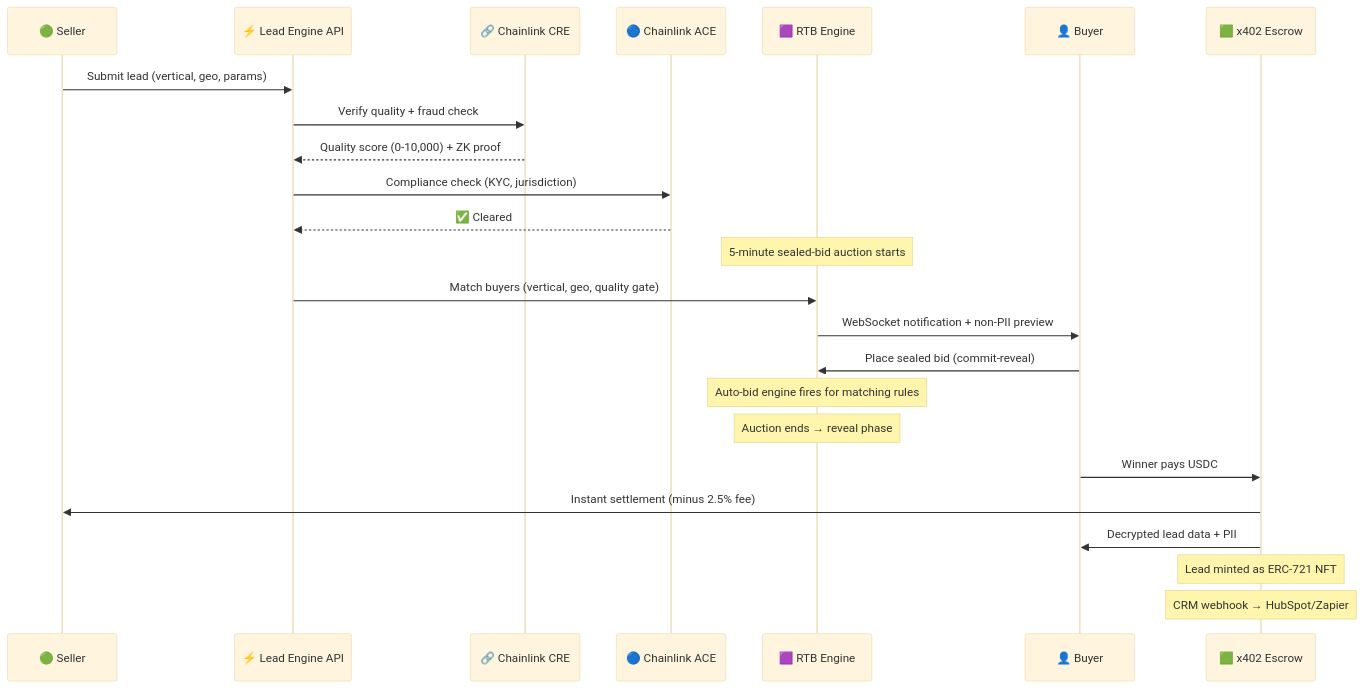
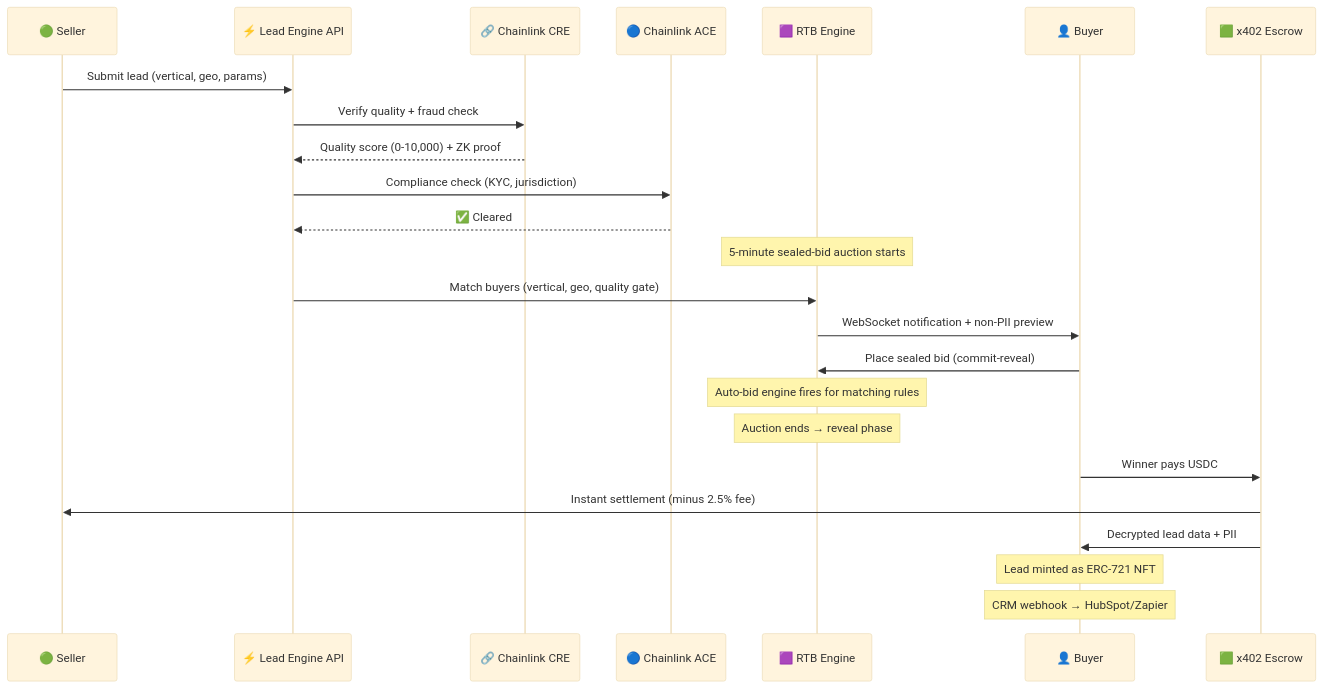
The first of 2 diagrams in README.md (bnmbnmai/lead-engine-cre), drawn with Mermaid (base theme) before and after one commit.

Commit message:
fix: move NFT mint and CRM webhook notes above Buyer in mermaid diagram

````diff
--- a/README.md
+++ b/README.md
@@ -38,32 +38,32 @@
 ```mermaid
 sequenceDiagram
     participant S as 🟢 Seller
     participant API as ⚡ Lead Engine API
     participant CRE as 🔗 Chainlink CRE
     participant ACE as 🔵 Chainlink ACE
     participant RTB as 🟪 RTB Engine
     participant B as 👤 Buyer
     participant X as 🟩 x402 Escrow
 
     S->>API: Submit lead (vertical, geo, params)
     API->>CRE: Verify quality + fraud check
     CRE-->>API: Quality score (0-10,000) + ZK proof
     API->>ACE: Compliance check (KYC, jurisdiction)
     ACE-->>API: ✅ Cleared
 
     Note over RTB: 5-minute sealed-bid auction starts
 
     API->>RTB: Match buyers (vertical, geo, quality gate)
     RTB->>B: WebSocket notification + non-PII preview
     B->>RTB: Place sealed bid (commit-reveal)
 
     Note over RTB: Auto-bid engine fires for matching rules
     Note over RTB: Auction ends → reveal phase
 
     B->>X: Winner pays USDC
     X->>S: Instant settlement (minus 2.5% fee)
     X->>B: Decrypted lead data + PII
 
-    Note over X: Lead minted as ERC-721 NFT
-    Note over X: CRM webhook → HubSpot/Zapier
+    Note over B: Lead minted as ERC-721 NFT
+    Note over B: CRM webhook → HubSpot/Zapier
 ```
````
